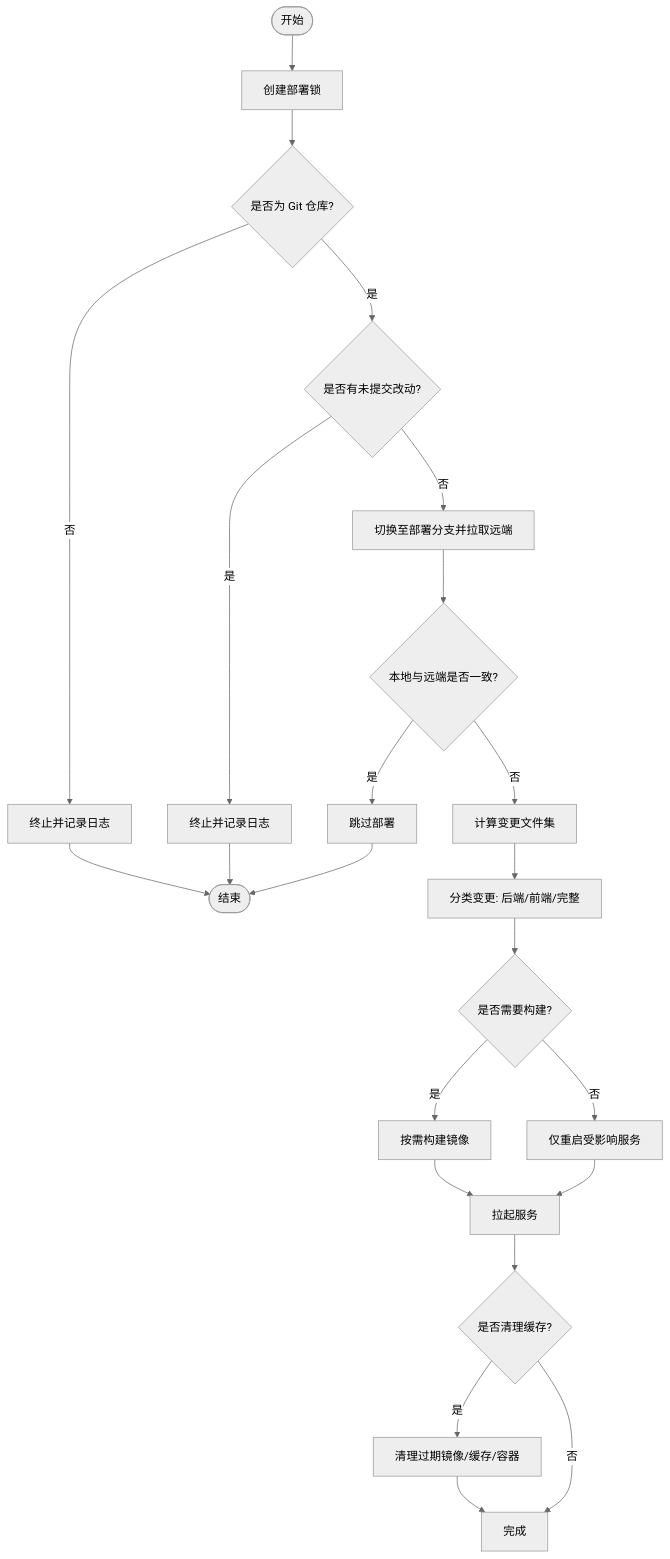
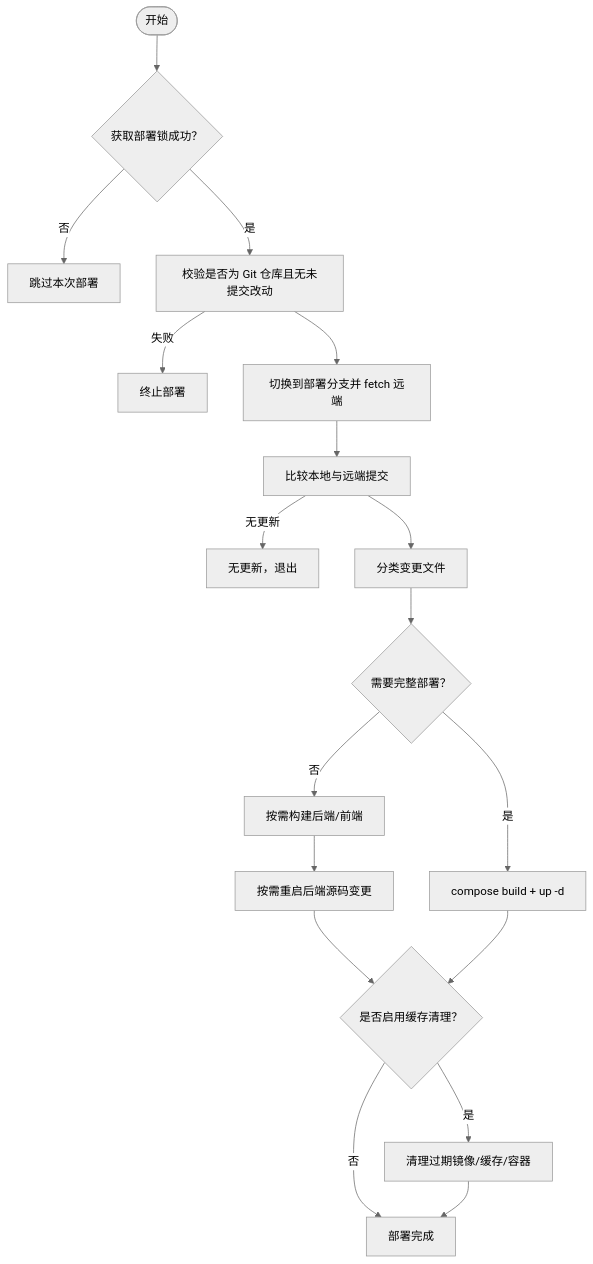
Before and after one commit to alvinwangzi/goodhr: the fifth of 9 diagrams in .qoder/repowiki/zh/content/部署指南/生产环境部署/自动化部署流程.md, drawn with Mermaid (neutral theme). The commit also changed other lines of this file and 149 other files, not shown here.

````diff
--- a/.qoder/repowiki/zh/content/部署指南/生产环境部署/自动化部署流程.md
+++ b/.qoder/repowiki/zh/content/部署指南/生产环境部署/自动化部署流程.md
@@ -150,25 +186,20 @@
 ```mermaid
 flowchart TD
-Start(["开始"]) --> Lock["创建部署锁"]
-Lock --> CheckGit{"是否为 Git 仓库?"}
-CheckGit --> |否| Exit1["终止并记录日志"]
-CheckGit --> |是| CleanCheck{"是否有未提交改动?"}
-CleanCheck --> |是| Exit2["终止并记录日志"]
-CleanCheck --> |否| Checkout["切换至部署分支并拉取远端"]
-Checkout --> Compare{"本地与远端是否一致?"}
-Compare --> |是| Skip["跳过部署"]
-Compare --> |否| Diff["计算变更文件集"]
-Diff --> Classify["分类变更: 后端/前端/完整"]
-Classify --> BuildOrRestart{"是否需要构建?"}
-BuildOrRestart --> |是| Build["按需构建镜像"]
-BuildOrRestart --> |否| Restart["仅重启受影响服务"]
-Build --> Up["拉起服务"]
-Restart --> Up
-Up --> Prune{"是否清理缓存?"}
+S(["开始"]) --> Lock{"获取部署锁成功？"}
+Lock --> |否| Skip["跳过本次部署"]
+Lock --> |是| CheckGit["校验是否为 Git 仓库且无未提交改动"]
+CheckGit --> |失败| ExitFail["终止部署"]
+CheckGit --> Checkout["切换到部署分支并 fetch 远端"]
+Checkout --> Compare["比较本地与远端提交"]
+Compare --> |无更新| ExitNoop["无更新，退出"]
+Compare --> Classify["分类变更文件"]
+Classify --> FullCheck{"需要完整部署？"}
+FullCheck --> |是| FullBuild["compose build + up -d"]
+FullCheck --> |否| Incremental["按需构建后端/前端"]
+Incremental --> Restart["按需重启后端源码变更"]
+Restart --> Prune{"是否启用缓存清理？"}
+FullBuild --> Prune
 Prune --> |是| Cleanup["清理过期镜像/缓存/容器"]
-Prune --> |否| Done["完成"]
+Prune --> |否| Done["部署完成"]
 Cleanup --> Done
-Exit1 --> End(["结束"])
-Exit2 --> End
-Skip --> End
 ```
````
